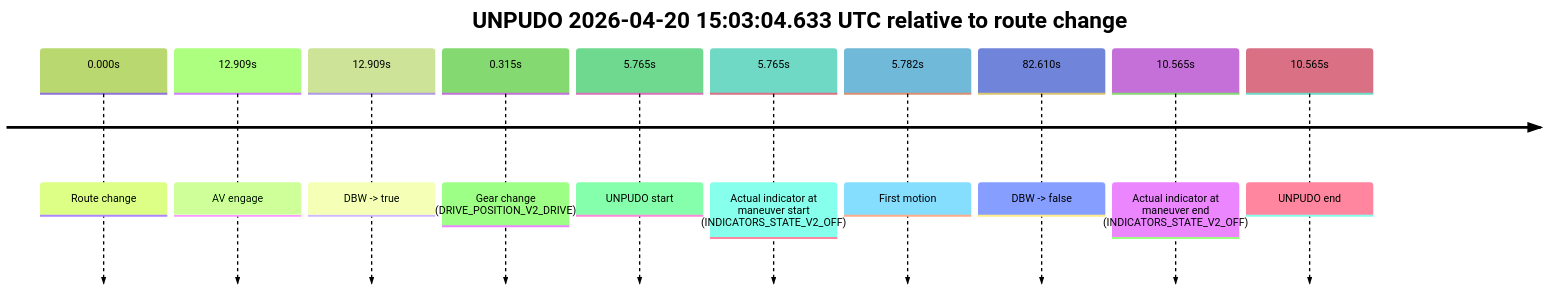
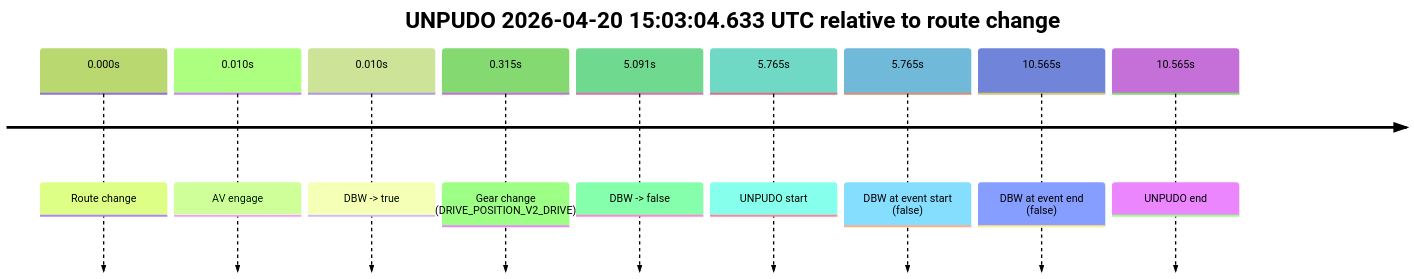
One commit to yoelshapiro/vault changed the first of 10 diagrams in model_analysis/report_cards/2026/04/Week-4/fme10005--2026-04-20--13-43-30--gen2-av-1cf69e8e-fc53-4334-aca9-89918a4f3427.md. Above: the diagram before and after it, drawn with Mermaid (forest theme). The commit also changed other lines of this file and 85 other files, not shown here.

````diff
--- a/model_analysis/report_cards/2026/04/Week-4/fme10005--2026-04-20--13-43-30--gen2-av-1cf69e8e-fc53-4334-aca9-89918a4f3427.md
+++ b/model_analysis/report_cards/2026/04/Week-4/fme10005--2026-04-20--13-43-30--gen2-av-1cf69e8e-fc53-4334-aca9-89918a4f3427.md
@@ -43,14 +42,13 @@
 ```mermaid
 timeline
     title UNPUDO 2026-04-20 15:03:04.633 UTC relative to route change
     0.000s : Route change
-    12.909s : AV engage
-    12.909s : DBW -> true
+    0.010s : AV engage
+    0.010s : DBW -> true
     0.315s : Gear change (DRIVE_POSITION_V2_DRIVE)
+    5.091s : DBW -> false
     5.765s : UNPUDO start
-    5.765s : Actual indicator at maneuver start (INDICATORS_STATE_V2_OFF)
-    5.782s : First motion
-    82.610s : DBW -> false
-    10.565s : Actual indicator at maneuver end (INDICATORS_STATE_V2_OFF)
+    5.765s : DBW at event start (false)
+    10.565s : DBW at event end (false)
     10.565s : UNPUDO end
 ```
````
